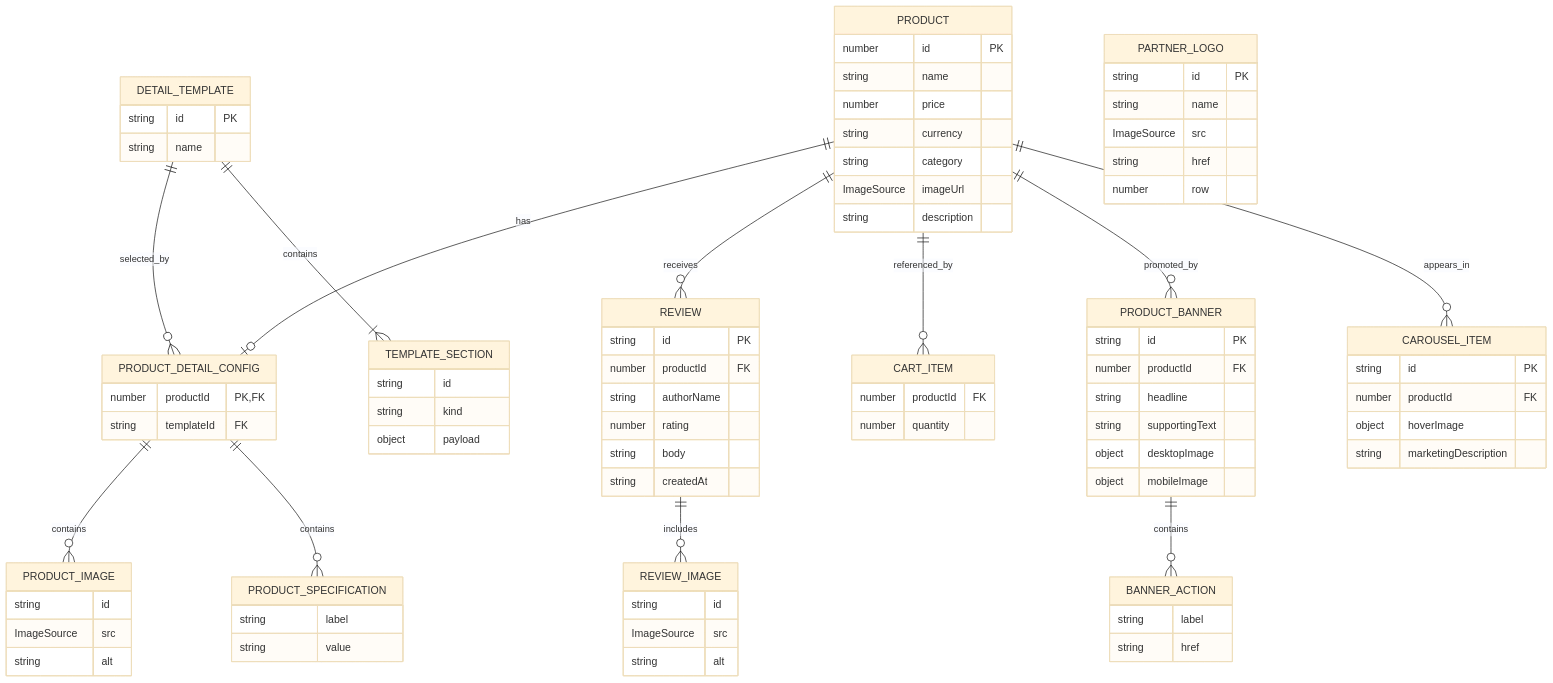
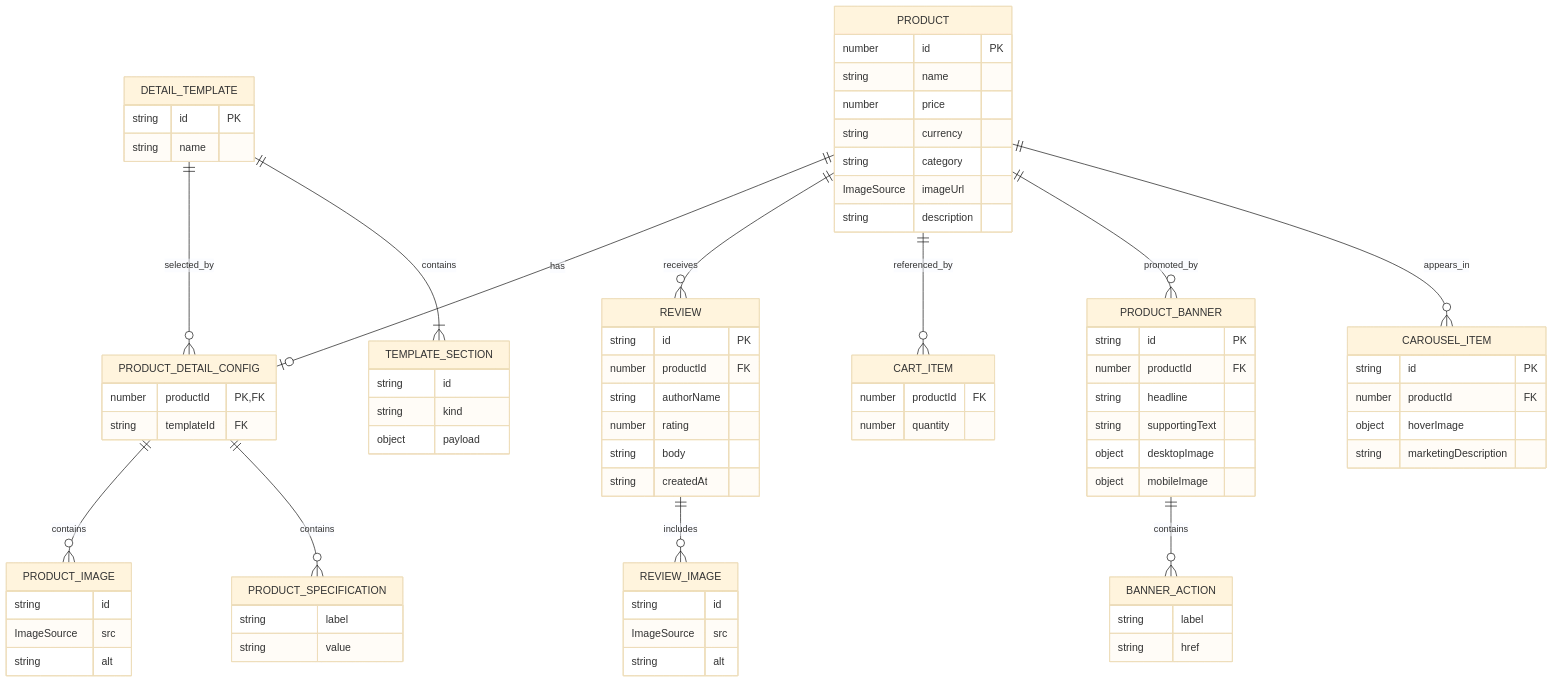
The diagram in util/README.md (justinweon/dreambig_shoppingmall_project), drawn with Mermaid (base theme) before and after one commit. The commit also changed other lines of this file, not shown here.

````diff
--- a/util/README.md
+++ b/util/README.md
@@ -118,11 +118,4 @@
         object hoverImage
         string marketingDescription
     }
-    PARTNER_LOGO {
-        string id PK
-        string name
-        ImageSource src
-        string href
-        number row
-    }
 ```
````
